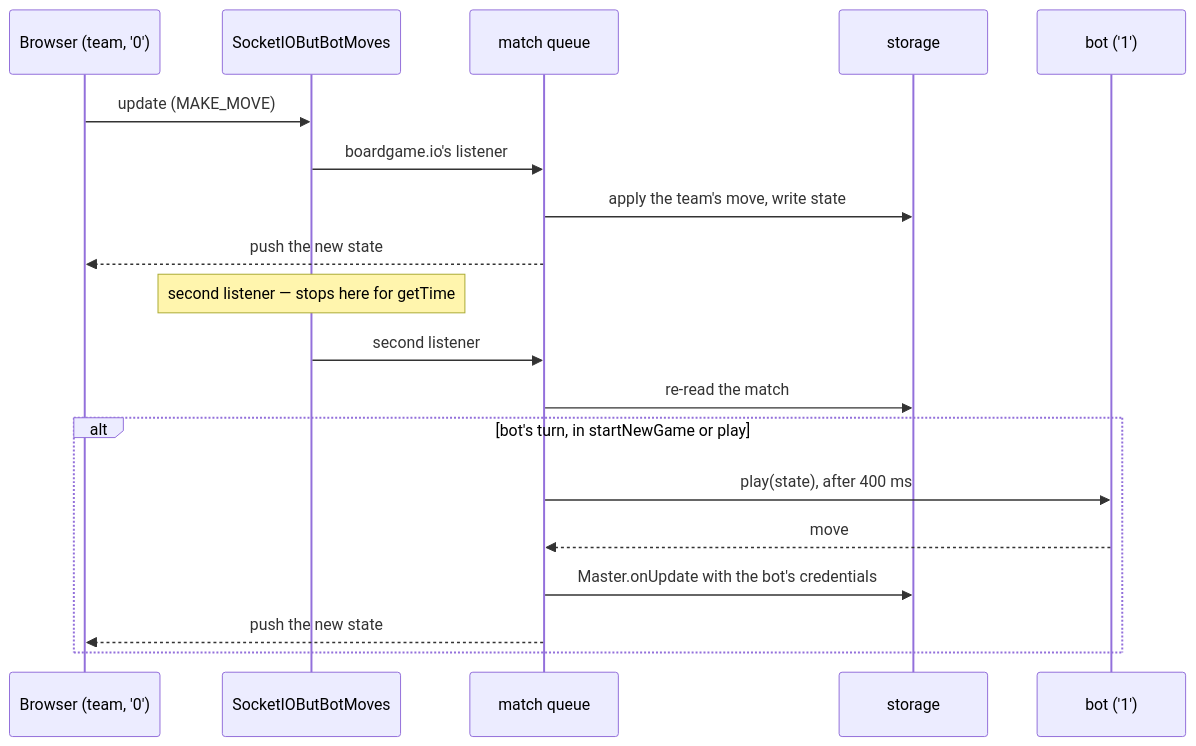
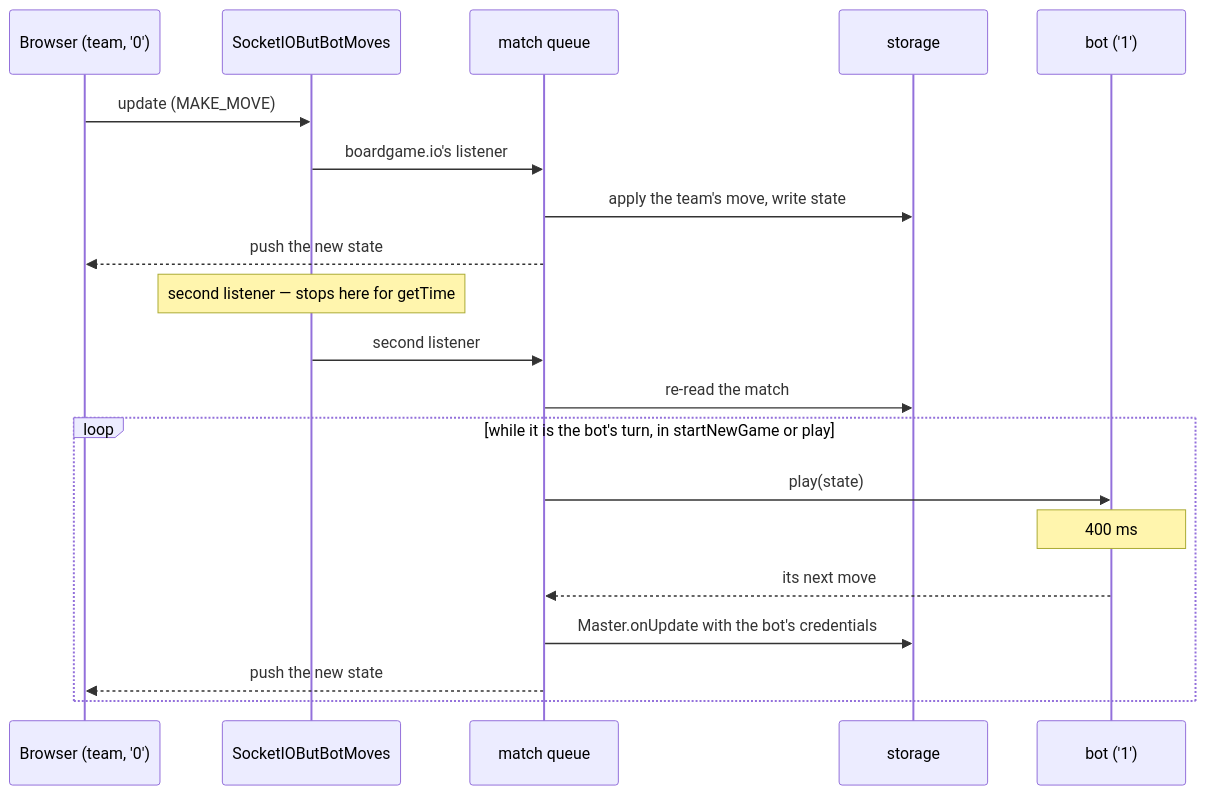
The diagram in docs/ARCHITECTURE.md (a-gondolkodas-orome/durer-aion), drawn with Mermaid before and after one commit. The commit also changed other lines of this file and 18 other files, not shown here.

First line of the commit message:
Let a bot play a turn of several moves (#852)

````diff
--- a/docs/ARCHITECTURE.md
+++ b/docs/ARCHITECTURE.md
@@ -98,21 +98,22 @@
 ```mermaid
 sequenceDiagram
     participant B as Browser (team, '0')
     participant T as SocketIOButBotMoves
     participant Q as match queue
     participant S as storage
     participant Bot as bot ('1')
     B->>T: update (MAKE_MOVE)
     T->>Q: boardgame.io's listener
     Q->>S: apply the team's move, write state
     Q-->>B: push the new state
     Note over T: second listener — stops here for getTime
     T->>Q: second listener
     Q->>S: re-read the match
-    alt bot's turn, in startNewGame or play
-        Q->>Bot: play(state), after 400 ms
-        Bot-->>Q: move
+    loop while it is the bot's turn, in startNewGame or play
+        Q->>Bot: play(state)
+        Note over Bot: 400 ms
+        Bot-->>Q: its next move
         Q->>S: Master.onUpdate with the bot's credentials
         Q-->>B: push the new state
     end
 ```
````
